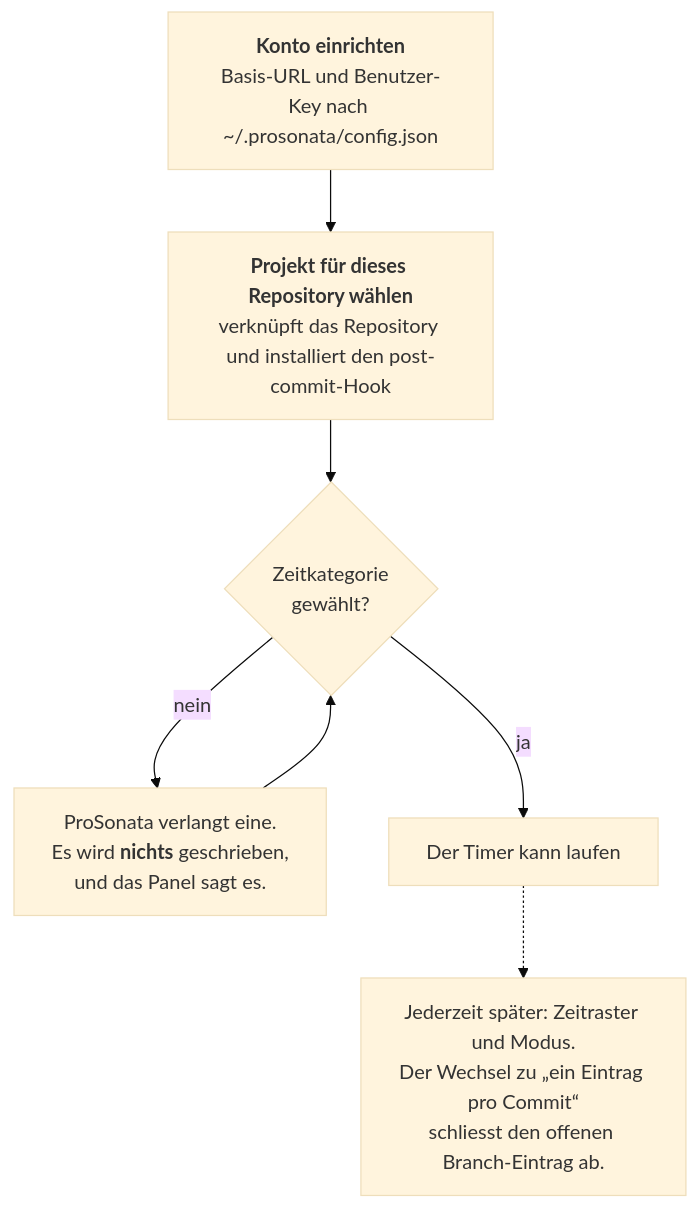
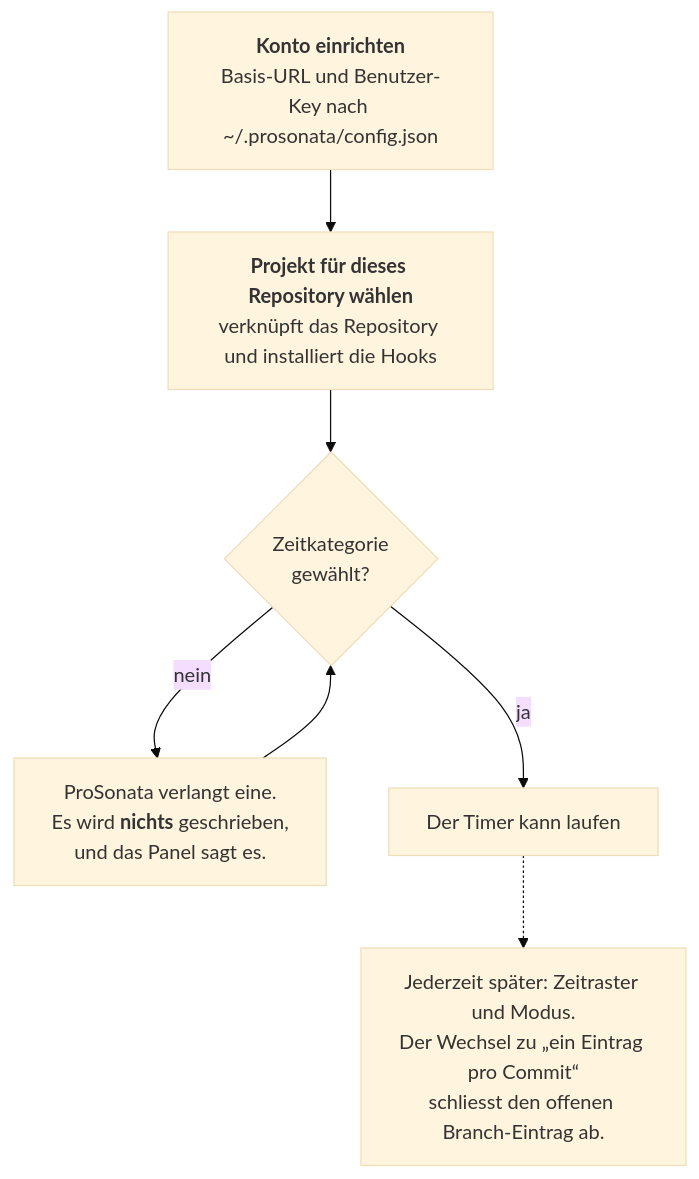
The first of 4 diagrams in README.de.md (profitlich-ch/prosonata-vscode-tools), drawn with Mermaid (base theme) before and after one commit. The commit also changed other lines of this file and 14 other files, not shown here.

First line of the commit message:
Cut the running segment at a branch switch with a post-checkout hook

````diff
--- a/README.de.md
+++ b/README.de.md
@@ -64,11 +64,11 @@
 ```mermaid
 flowchart TD
     accTitle: Reihenfolge der Einrichtung: Konto, Projekt, Zeitkategorie, dann kann der Timer laufen
     A["<b>Konto einrichten</b><br/>Basis-URL und Benutzer-Key nach ~/.prosonata/config.json"] --> B
-    B["<b>Projekt für dieses Repository wählen</b><br/>verknüpft das Repository und installiert den post-commit-Hook"] --> C
+    B["<b>Projekt für dieses Repository wählen</b><br/>verknüpft das Repository und installiert die Hooks"] --> C
     C{"Zeitkategorie<br/>gewählt?"}
     C -- "nein" --> D["ProSonata verlangt eine.<br/>Es wird <b>nichts</b> geschrieben,<br/>und das Panel sagt es."]
     D --> C
     C -- "ja" --> E["Der Timer kann laufen"]
     E -.-> F["Jederzeit später: Zeitraster und Modus.<br/>Der Wechsel zu „ein Eintrag pro Commit“<br/>schliesst den offenen Branch-Eintrag ab."]
 ```
````
